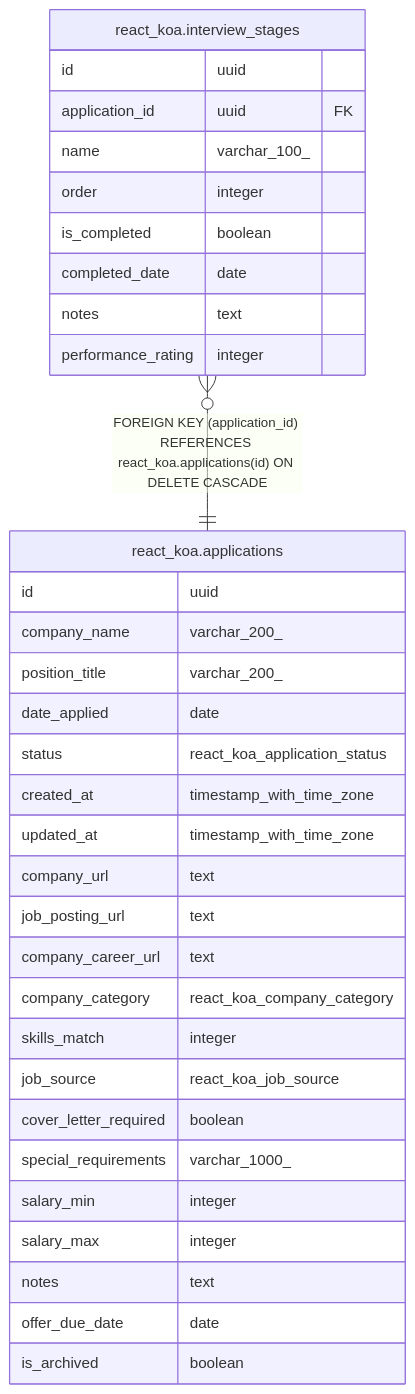
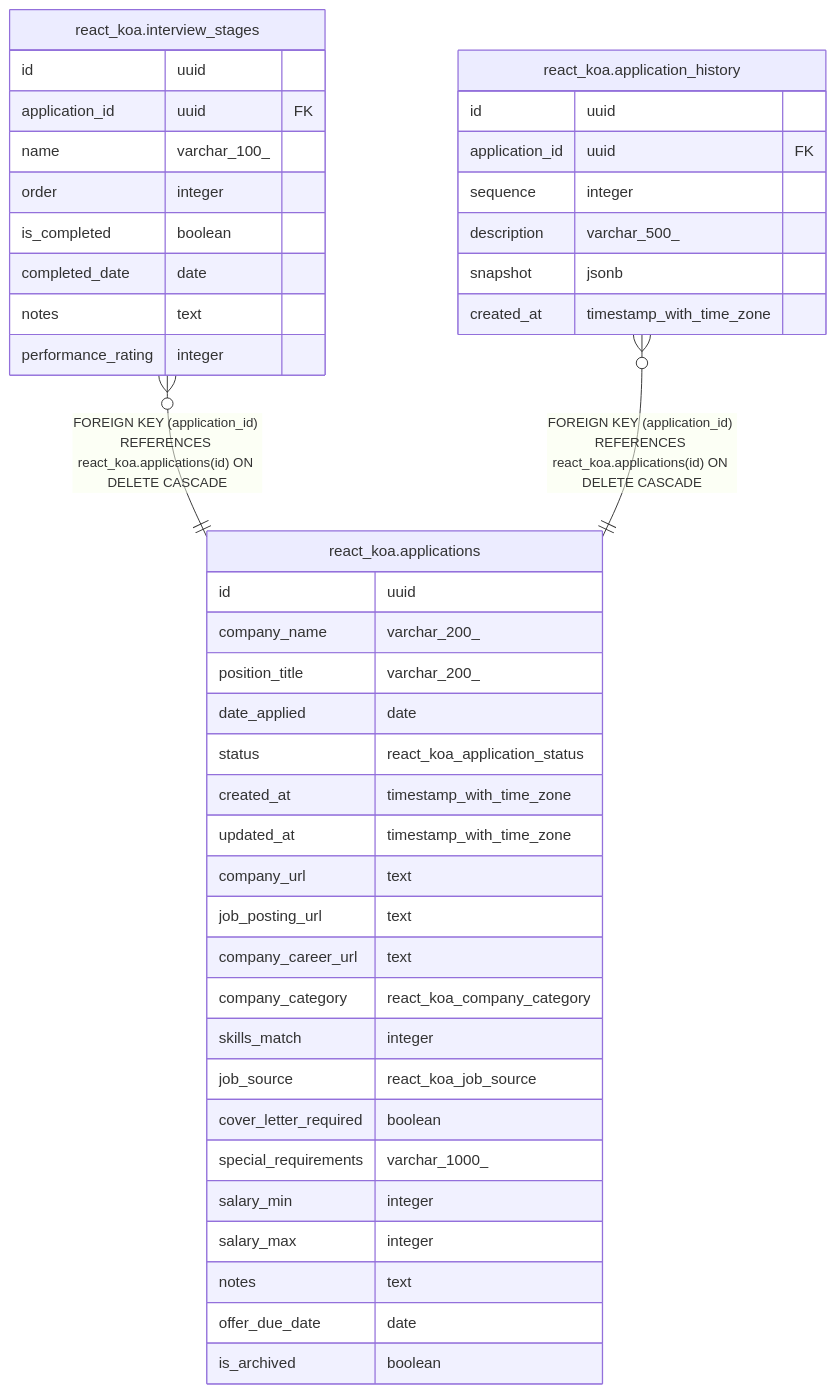
One commit to WhatIfWeDigDeeper/application-tracker changed the diagram in docs/schema/react-koa/README.md. Above: the diagram before and after it, drawn with Mermaid. The commit also changed other lines of this file and 104 other files, not shown here.

````diff
--- a/docs/schema/react-koa/README.md
+++ b/docs/schema/react-koa/README.md
@@ -45,38 +49,47 @@
 ```mermaid
 erDiagram
 
 "react_koa.interview_stages" }o--|| "react_koa.applications" : "FOREIGN KEY (application_id) REFERENCES react_koa.applications(id) ON DELETE CASCADE"
+"react_koa.application_history" }o--|| "react_koa.applications" : "FOREIGN KEY (application_id) REFERENCES react_koa.applications(id) ON DELETE CASCADE"
 
 "react_koa.applications" {
   id uuid
   company_name varchar_200_
   position_title varchar_200_
   date_applied date
   status react_koa_application_status
   created_at timestamp_with_time_zone
   updated_at timestamp_with_time_zone
   company_url text
   job_posting_url text
   company_career_url text
   company_category react_koa_company_category
   skills_match integer
   job_source react_koa_job_source
   cover_letter_required boolean
   special_requirements varchar_1000_
   salary_min integer
   salary_max integer
   notes text
   offer_due_date date
   is_archived boolean
 }
 "react_koa.interview_stages" {
   id uuid
   application_id uuid FK
   name varchar_100_
   order integer
   is_completed boolean
   completed_date date
   notes text
   performance_rating integer
 }
+"react_koa.application_history" {
+  id uuid
+  application_id uuid FK
+  sequence integer
+  description varchar_500_
+  snapshot jsonb
+  created_at timestamp_with_time_zone
+}
 ```
````
